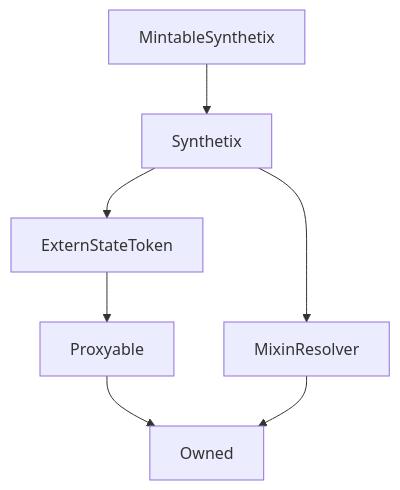
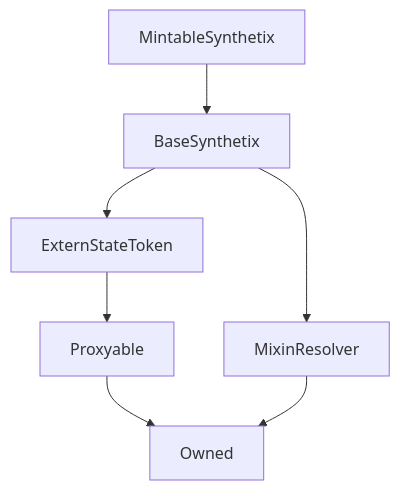
Before and after one commit to Synthetixio/synthetix-docs: the diagram in content/contracts/source/contracts/MintableSynthetix.md, drawn with Mermaid. The commit also changed other lines of this file and 99 other files, not shown here.

````diff
--- a/content/contracts/source/contracts/MintableSynthetix.md
+++ b/content/contracts/source/contracts/MintableSynthetix.md
@@ -11,10 +11,10 @@
 ```mermaid
 graph TD
-    MintableSynthetix[MintableSynthetix] --> Synthetix[Synthetix]
-    Synthetix[Synthetix] --> ExternStateToken[ExternStateToken]
-    Synthetix[Synthetix] --> MixinResolver[MixinResolver]
+    MintableSynthetix[MintableSynthetix] --> BaseSynthetix[BaseSynthetix]
+    BaseSynthetix[BaseSynthetix] --> ExternStateToken[ExternStateToken]
+    BaseSynthetix[BaseSynthetix] --> MixinResolver[MixinResolver]
     ExternStateToken[ExternStateToken] --> Proxyable[Proxyable]
     Proxyable[Proxyable] --> Owned[Owned]
     MixinResolver[MixinResolver] --> Owned[Owned]
 
 ```
````
